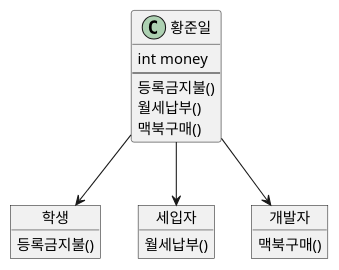
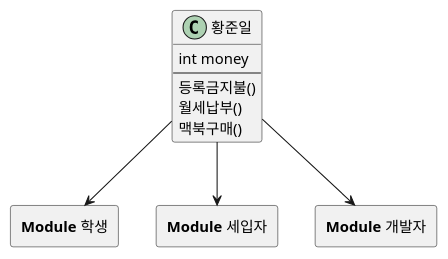
Before and after one commit to JunilHwang/TIL: the first of 2 diagrams in CodeSpitz/Object-Oriented-Javascript/Intro/README.md, drawn with PlantUML. The commit also changed other lines of this file, not shown here.

```diff
--- a/CodeSpitz/Object-Oriented-Javascript/Intro/README.md
+++ b/CodeSpitz/Object-Oriented-Javascript/Intro/README.md
@@ -215,21 +215,18 @@
 @startuml
 class 황준일 {
   int money
   ---
   등록금지불()
   월세납부()
   맥북구매()
 }
-object 학생 {
-  등록금지불()
+package "**Module** 학생" as 학생 <<Rectangle>> {
 }
-object 세입자 {
-  월세납부()
+package "**Module** 세입자" as 세입자 <<Rectangle>> {
 }
-object 개발자 {
-  맥북구매()
+package "**Module** 개발자" as 개발자 <<Rectangle>> {
 }
 황준일 --> 학생
 황준일 --> 세입자
 황준일 --> 개발자
 @enduml
```
